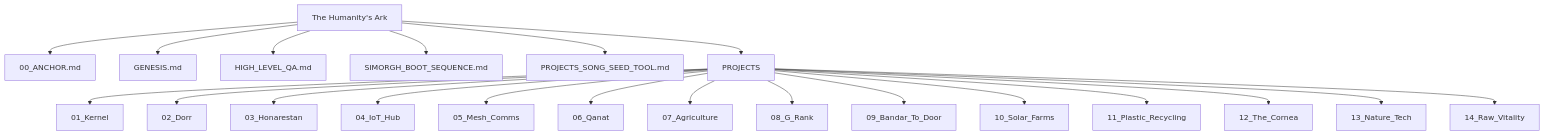
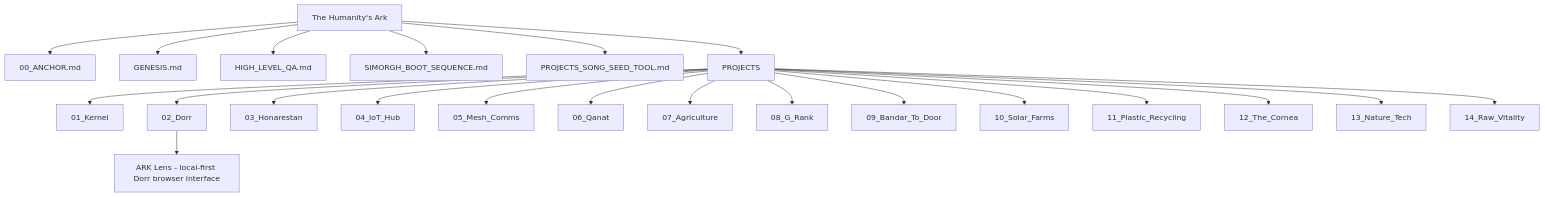
Before and after one commit to compassionator/the-humanitys-ark: the diagram in README.md, drawn with Mermaid. The commit also changed other lines of this file and 5 other files, not shown here.

Commit message:
docs(ark): connect ARK Lens to the Dorr project map

````diff
--- a/README.md
+++ b/README.md
@@ -30,24 +31,25 @@
 ```mermaid
 graph TD
     A[The Humanity's Ark]
     A --> B[00_ANCHOR.md]
     A --> C[GENESIS.md]
     A --> D[HIGH_LEVEL_QA.md]
     A --> E[SIMORGH_BOOT_SEQUENCE.md]
     A --> F[PROJECTS_SONG_SEED_TOOL.md]
     A --> G[PROJECTS]
     G --> K[01_Kernel]
     G --> R[02_Dorr]
+    R --> AL[ARK Lens - local-first Dorr browser interface]
     G --> H[03_Honarestan]
     G --> I[04_IoT_Hub]
     G --> J[05_Mesh_Comms]
     G --> L[06_Qanat]
     G --> M[07_Agriculture]
     G --> N[08_G_Rank]
     G --> O[09_Bandar_To_Door]
     G --> P[10_Solar_Farms]
     G --> Q[11_Plastic_Recycling]
     G --> S[12_The_Cornea]
     G --> T[13_Nature_Tech]
     G --> U[14_Raw_Vitality]
 ```
````
